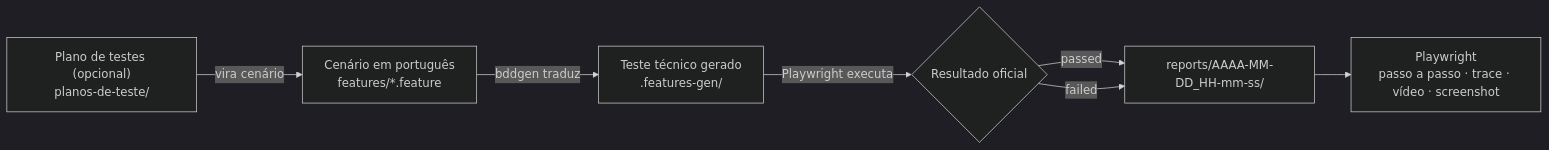
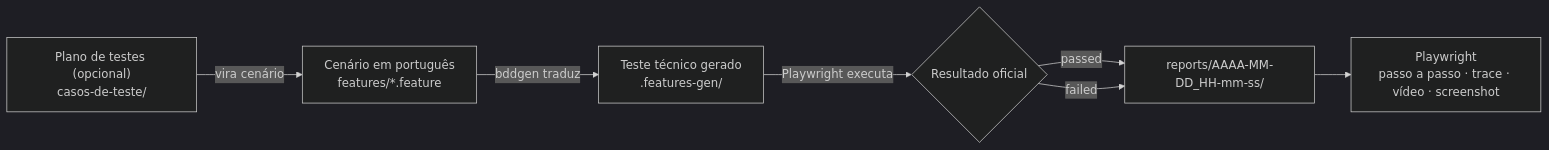
The diagram in docs/VISAO_GERAL_DO_PROJETO.md (cja789-coder/testes_automacao_playwright), drawn with Mermaid (dark theme) before and after one commit. The commit also changed other lines of this file and 4 other files, not shown here.

Commit message:
Plano de testes e automação da Visão Geral de Produtos

````diff
--- a/docs/VISAO_GERAL_DO_PROJETO.md
+++ b/docs/VISAO_GERAL_DO_PROJETO.md
@@ -42,9 +32,9 @@
 ```mermaid
 flowchart LR
-    P["Plano de testes (opcional)<br/>planos-de-teste/"] -->|"vira cenário"| A["Cenário em português<br/>features/*.feature"]
+    P["Plano de testes (opcional)<br/>casos-de-teste/"] -->|"vira cenário"| A["Cenário em português<br/>features/*.feature"]
     A -->|"bddgen traduz"| B["Teste técnico gerado<br/>.features-gen/"]
     B -->|"Playwright executa"| C{"Resultado oficial"}
     C -->|passed| D["reports/AAAA-MM-DD_HH-mm-ss/"]
     C -->|failed| D
     D --> F["Playwright<br/>passo a passo · trace · vídeo · screenshot"]
 ```
````
